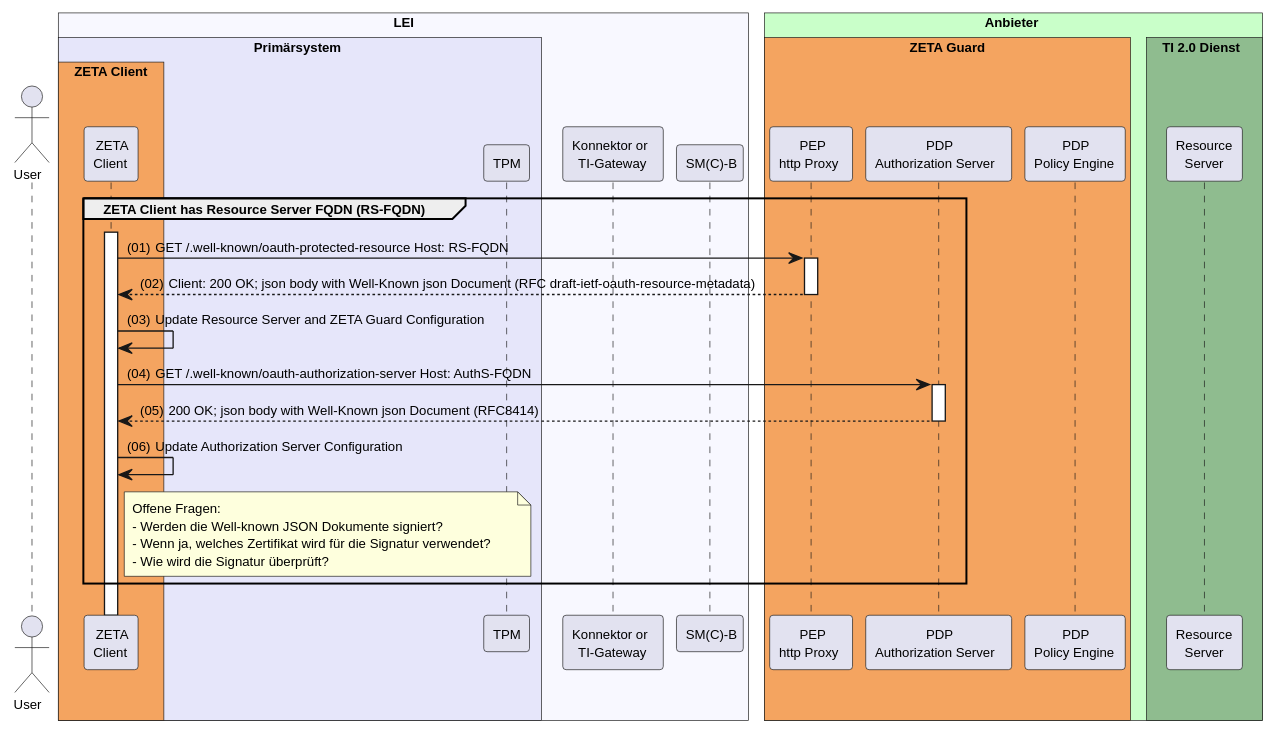
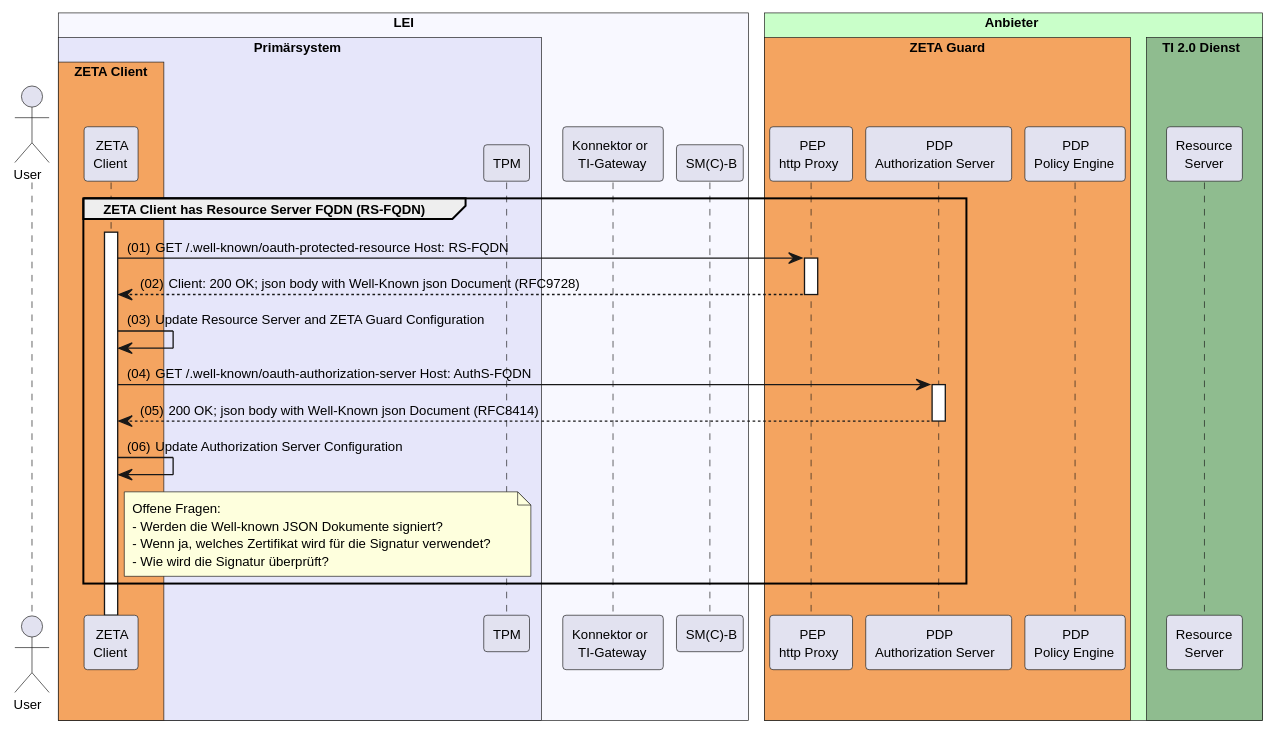
The diagram in src/plantuml/tpm-attestation-and-token-exchange/discovery-and-configuration.puml (gematik/spec-t20r), drawn with PlantUML before and after one commit. The commit also changed 1 other file, not shown here.

Commit message:
Update image generation commands to include scaling; fix RFC reference in PlantUML diagram

```diff
--- a/src/plantuml/tpm-attestation-and-token-exchange/discovery-and-configuration.puml
+++ b/src/plantuml/tpm-attestation-and-token-exchange/discovery-and-configuration.puml
@@ -1,55 +1,55 @@
 @startuml "discovery-and-configuration"
 autonumber "(00)"
 skinparam defaultFontSize 10
 skinparam defaultFontName Helvetica
 skinparam DefaultMonospacedFontName Courier
 skinparam lengthAdjust none
 skinparam sequenceReferenceBackgroundColor White
 skinparam SequenceReferenceFontSize 12
 /'skinparam SequenceReferenceFontStyle bold
 '/
 
 
 !pragma teoz true
 
 Actor User
 box "LEI" #GhostWhite
   box "Primärsystem" #Lavender
     box "ZETA Client" #SandyBrown
       participant Client as "ZETA\nClient"
     end box
     participant TPM as "TPM"
   end box
   participant Konnektor as "Konnektor or\nTI-Gateway"
   participant SMB as "SM(C)-B"
 end box
 
 box "Anbieter" #TECHNOLOGY
   box "ZETA Guard" #SandyBrown
     participant HP as "PEP\nhttp Proxy"
     participant AuthS as "PDP\nAuthorization Server" 
     participant PE as "PDP\nPolicy Engine"
   end box
     box TI 2.0 Dienst #DarkSeaGreen
       participant RS as "Resource\nServer"
     end box
 end box
 
 group ZETA Client has Resource Server FQDN (RS-FQDN)
   Client ++
   Client -> HP ++ : GET /.well-known/oauth-protected-resource Host: RS-FQDN
-  HP --> Client -- : Client: 200 OK; json body with Well-Known json Document (RFC draft-ietf-oauth-resource-metadata)
+  HP --> Client -- : Client: 200 OK; json body with Well-Known json Document (RFC9728)
   Client -> Client: Update Resource Server and ZETA Guard Configuration
   Client -> AuthS ++ : GET /.well-known/oauth-authorization-server Host: AuthS-FQDN
   AuthS --> Client -- : 200 OK; json body with Well-Known json Document (RFC8414)
   Client -> Client: Update Authorization Server Configuration
   
   note right of Client
     Offene Fragen:
     - Werden die Well-known JSON Dokumente signiert?
     - Wenn ja, welches Zertifikat wird für die Signatur verwendet?
     - Wie wird die Signatur überprüft?
   end note
 end
 
 @enduml
```
